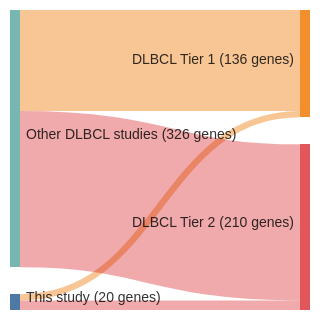
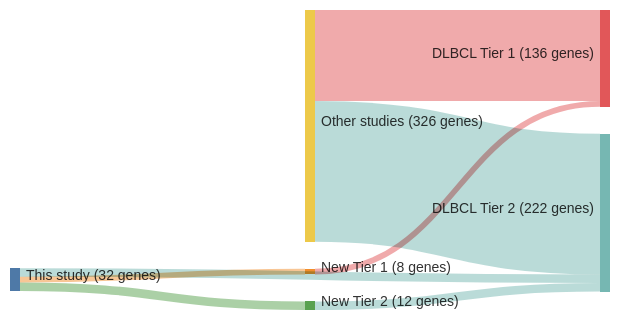
The diagram in papers/arthurGenomewideDiscoverySomatic2018.md (morinlab/lymphopedia), drawn with Mermaid before and after one commit. The commit also changed 82 other files, not shown here.

````diff
--- a/papers/arthurGenomewideDiscoverySomatic2018.md
+++ b/papers/arthurGenomewideDiscoverySomatic2018.md
@@ -12,18 +12,21 @@
 ```mermaid
 ---
 config:
     sankey:
         showValues: true
         linkColor: target
-        width: 300
+        width: 600
         height: 300
         nodeAlignment: right
         prefix: '('
         suffix: ' genes)'
 ---
 sankey-beta
-This study, DLBCL Tier 1, 8
+This study, New Tier 1, 8
+New Tier 1, DLBCL Tier 1, 8
 This study, DLBCL Tier 2, 12
-Other DLBCL studies, DLBCL Tier 1, 128
-Other DLBCL studies, DLBCL Tier 2, 198
+This study, New Tier 2, 12
+New Tier 2, DLBCL Tier 2, 12
+Other studies, DLBCL Tier 1, 128
+Other studies, DLBCL Tier 2, 198
 ```
````
